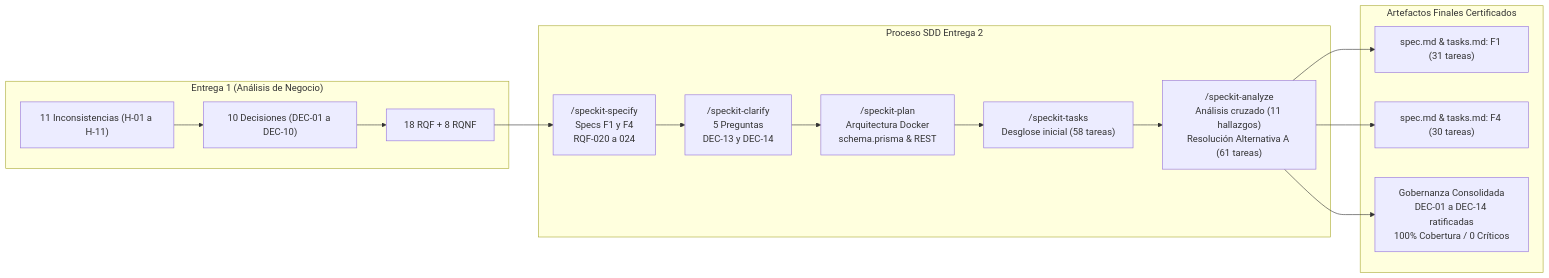
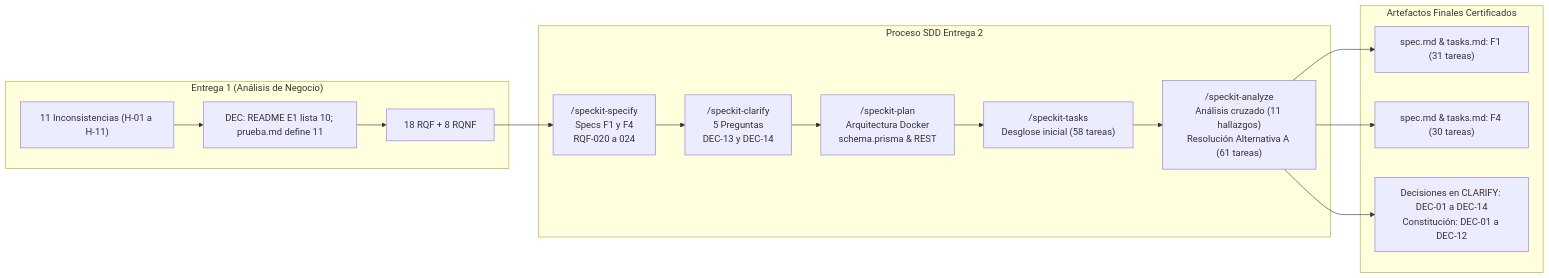
Before and after one commit to Frxnks/Entregas_DSLLMs: the diagram in docs/entrega2/README.md, drawn with Mermaid. The commit also changed other lines of this file, not shown here.

Commit message:
[IA] Aclarar conteos de requisitos y decisiones

````diff
--- a/docs/entrega2/README.md
+++ b/docs/entrega2/README.md
@@ -50,21 +50,21 @@
 ```mermaid
 graph LR
     subgraph E1["Entrega 1 (Análisis de Negocio)"]
-        H["11 Inconsistencias (H-01 a H-11)"] --> D["10 Decisiones (DEC-01 a DEC-10)"]
+        H["11 Inconsistencias (H-01 a H-11)"] --> D["DEC: README E1 lista 10; prueba.md define 11"]
         D --> R["18 RQF + 8 RQNF"]
     end
 
     subgraph SDD["Proceso SDD Entrega 2"]
         R --> SPEC["/speckit-specify<br>Specs F1 y F4<br>RQF-020 a 024"]
         SPEC --> CLAR["/speckit-clarify<br>5 Preguntas<br>DEC-13 y DEC-14"]
         CLAR --> PLAN["/speckit-plan<br>Arquitectura Docker<br>schema.prisma & REST"]
         PLAN --> TASKS["/speckit-tasks<br>Desglose inicial (58 tareas)"]
         TASKS --> ANA["/speckit-analyze<br>Análisis cruzado (11 hallazgos)<br>Resolución Alternativa A (61 tareas)"]
     end
 
     subgraph E2["Artefactos Finales Certificados"]
         ANA --> SP1["spec.md & tasks.md: F1 (31 tareas)"]
         ANA --> SP4["spec.md & tasks.md: F4 (30 tareas)"]
-        ANA --> DEC["Gobernanza Consolidada<br>DEC-01 a DEC-14 ratificadas<br>100% Cobertura / 0 Críticos"]
+        ANA --> DEC["Decisiones en CLARIFY: DEC-01 a DEC-14<br>Constitución: DEC-01 a DEC-12"]
     end
 ```
````
